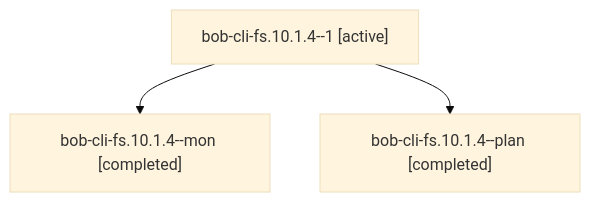
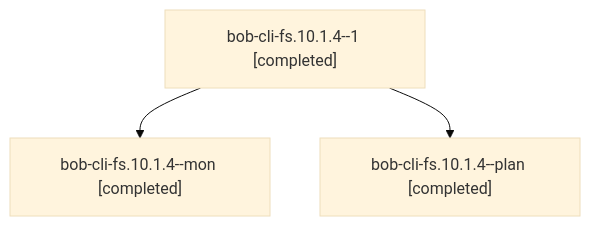
One commit to bobs-org/bob-cli--agents changed the diagram in sessions/bbugyi200.athena.bob-cli-fs.10.1.4.md. Above: the diagram before and after it, drawn with Mermaid (base theme). The commit also changed other lines of this file and 109 other files, not shown here.

````diff
--- a/sessions/bbugyi200.athena.bob-cli-fs.10.1.4.md
+++ b/sessions/bbugyi200.athena.bob-cli-fs.10.1.4.md
@@ -9,8 +9,8 @@
 ```mermaid
 flowchart TD
-  n0["bob-cli-fs.10.1.4--1 [active]"]
+  n0["bob-cli-fs.10.1.4--1 [completed]"]
   n1["bob-cli-fs.10.1.4--mon [completed]"]
   n0 --> n1
   n2["bob-cli-fs.10.1.4--plan [completed]"]
   n0 --> n2
 ```
````
